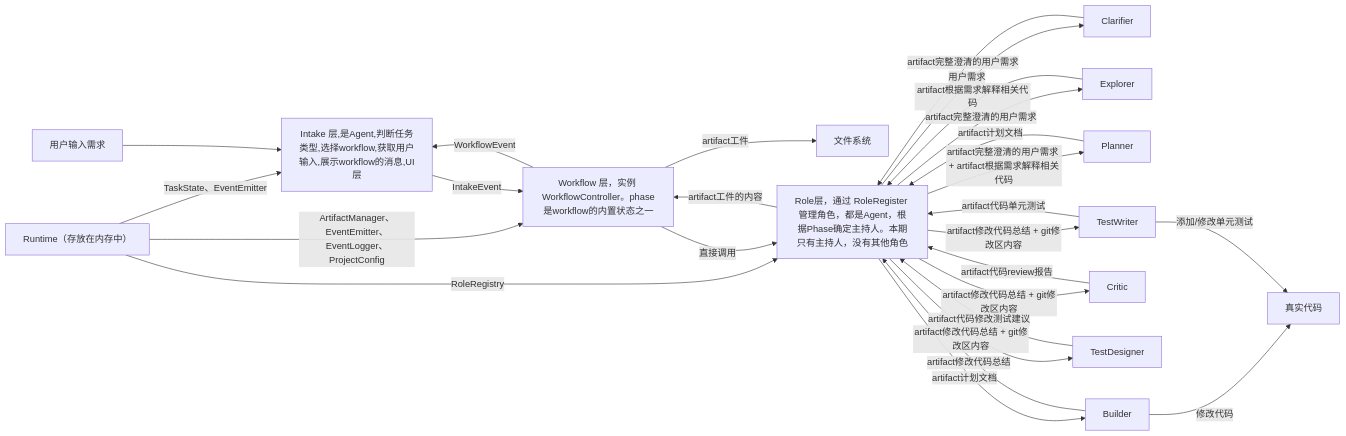
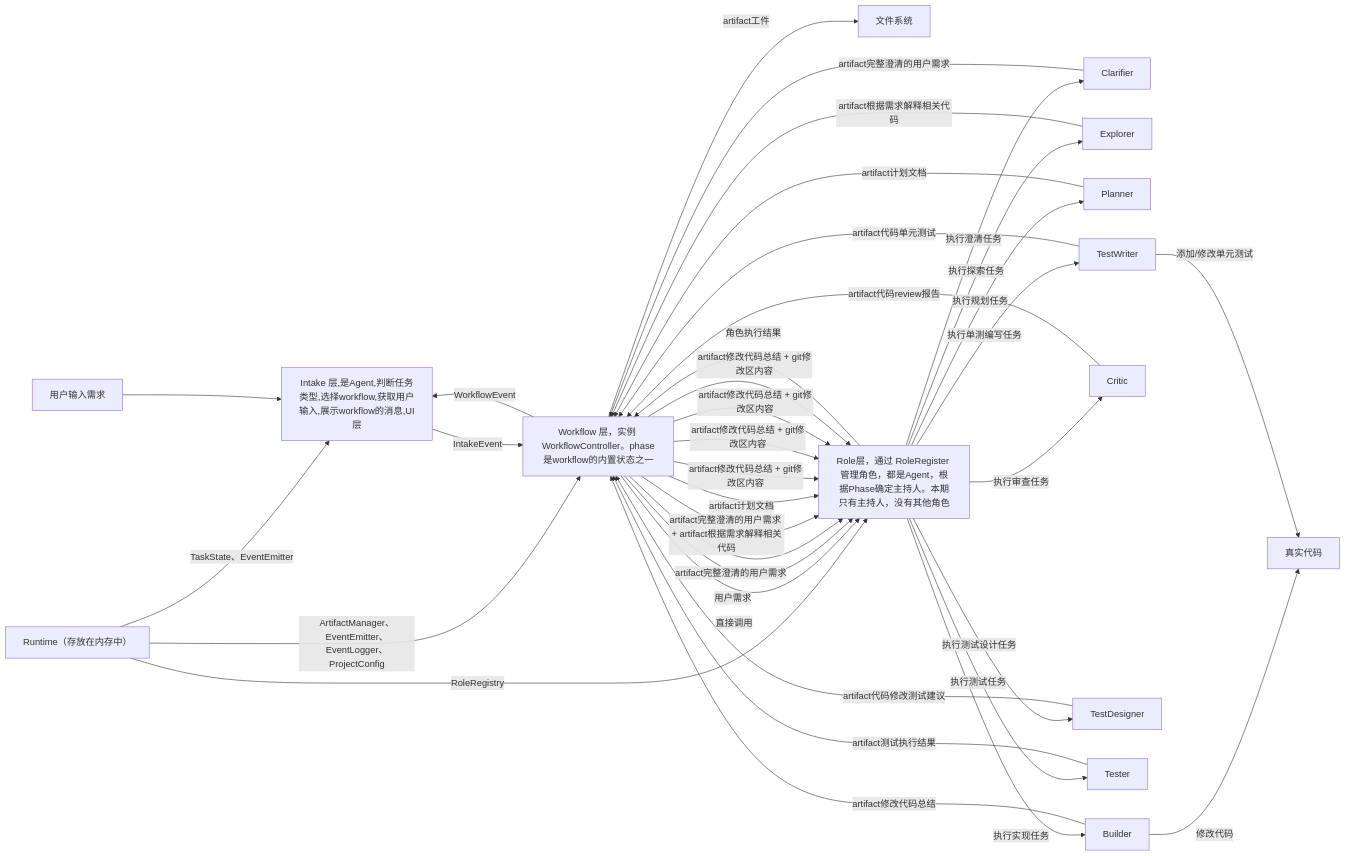
Before and after one commit to AryzingKhaos/AegisFlow: the first of 2 diagrams in roleflow/context/project.md, drawn with Mermaid. The commit also changed other lines of this file and 4 other files, not shown here.

````diff
--- a/roleflow/context/project.md
+++ b/roleflow/context/project.md
@@ -118,46 +120,57 @@
 ```mermaid
 flowchart LR
    U[用户输入需求]
    R[Runtime（存放在内存中）]
    F[文件系统]
    CODE[真实代码]
    L1[Intake 层,是Agent,判断任务类型,选择workflow,获取用户输入,展示workflow的消息,UI层]
    L2[Workflow 层，实例 WorkflowController。phase是workflow的内置状态之一]
    L3[Role层，通过 RoleRegister 管理角色，都是Agent，根据Phase确定主持人。本期只有主持人，没有其他角色]
    Role1[Clarifier]
    Role2[Explorer]
    Role3[Planner]
    Role4[Builder]
    Role5[Critic]
    Role6[TestDesigner]
-   Role7[TestWriter]
+   Role7[Tester]
+   Role8[TestWriter]
 
    R -->|TaskState、EventEmitter| L1
    R -->|ArtifactManager、EventEmitter、EventLogger、ProjectConfig| L2
    R -->|RoleRegistry| L3
 
    U --> L1
    L1 -->|IntakeEvent| L2
    L2 -->|WorkflowEvent| L1
    L2 -->|直接调用| L3
 
-   L3 -->|artifact工件的内容| L2
+   L3 -->|角色执行结果| L2
    L2 -->|artifact工件| F
 
-   L3 -->|用户需求| Role1
-   Role1 -->|artifact完整澄清的用户需求| L3
-   L3 -->|artifact完整澄清的用户需求| Role2
-   Role2 -->|artifact根据需求解释相关代码| L3
-   L3 -->|artifact完整澄清的用户需求 + artifact根据需求解释相关代码| Role3
-   Role3 -->|artifact计划文档| L3
-   L3 -->|artifact计划文档| Role4
+   L2 -->|用户需求| L3
+   L3 -->|执行澄清任务| Role1
+   Role1 -->|artifact完整澄清的用户需求| L2
+   L2 -->|artifact完整澄清的用户需求| L3
+   L3 -->|执行探索任务| Role2
+   Role2 -->|artifact根据需求解释相关代码| L2
+   L2 -->|artifact完整澄清的用户需求 + artifact根据需求解释相关代码| L3
+   L3 -->|执行规划任务| Role3
+   Role3 -->|artifact计划文档| L2
+   L2 -->|artifact计划文档| L3
+   L3 -->|执行实现任务| Role4
    Role4 -->|修改代码| CODE
-   Role4 -->|artifact修改代码总结| L3
-   L3 -->|artifact修改代码总结 + git修改区内容| Role5
-   Role5 -->|artifact代码review报告| L3
-   L3 -->|artifact修改代码总结 + git修改区内容| Role6
-   Role6 -->|artifact代码修改测试建议| L3
-   L3 -->|artifact修改代码总结 + git修改区内容| Role7
-   Role7 -->|添加/修改单元测试| CODE
-   Role7 -->|artifact代码单元测试| L3
+   Role4 -->|artifact修改代码总结| L2
+   L2 -->|artifact修改代码总结 + git修改区内容| L3
+   L3 -->|执行审查任务| Role5
+   Role5 -->|artifact代码review报告| L2
+   L2 -->|artifact修改代码总结 + git修改区内容| L3
+   L3 -->|执行测试设计任务| Role6
+   Role6 -->|artifact代码修改测试建议| L2
+   L2 -->|artifact修改代码总结 + git修改区内容| L3
+   L3 -->|执行测试任务| Role7
+   Role7 -->|artifact测试执行结果| L2
+   L2 -->|artifact修改代码总结 + git修改区内容| L3
+   L3 -->|执行单测编写任务| Role8
+   Role8 -->|添加/修改单元测试| CODE
+   Role8 -->|artifact代码单元测试| L2
 ```
````
